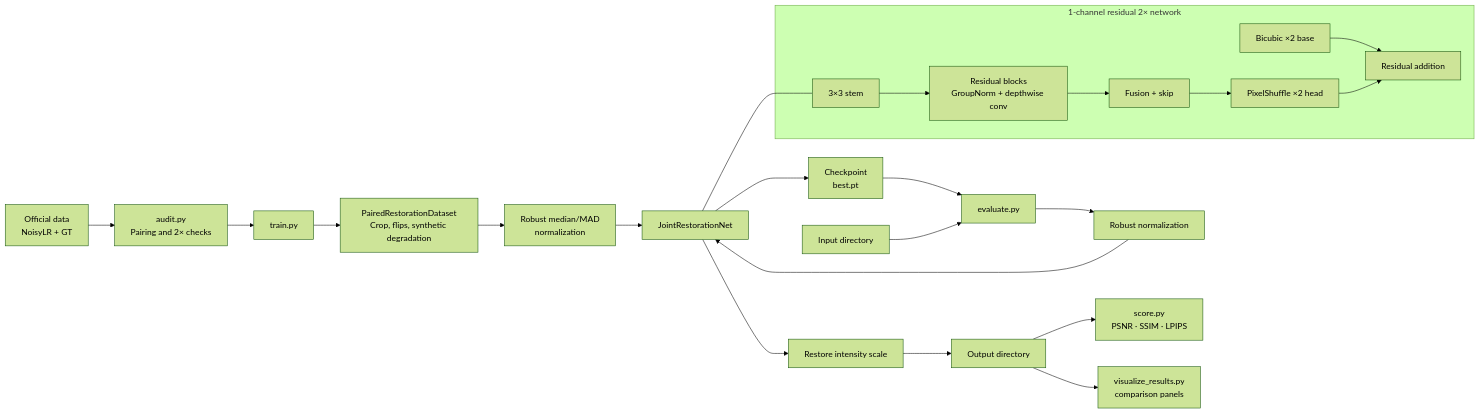
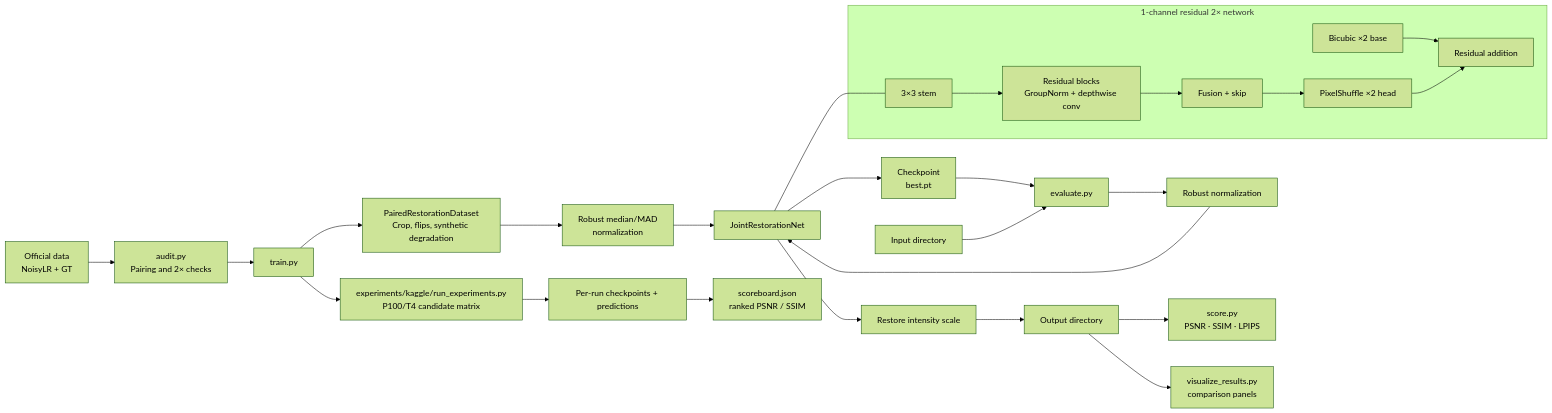
The diagram in docs/architecture.md (vtghub/image-restoration), drawn with Mermaid (forest theme) before and after one commit. The commit also changed other lines of this file and 8 other files, not shown here.

````diff
--- a/docs/architecture.md
+++ b/docs/architecture.md
@@ -5,28 +5,32 @@
 ```mermaid
 flowchart LR
     A[Official data\nNoisyLR + GT] --> B[audit.py\nPairing and 2× checks]
     B --> C[train.py]
     C --> D[PairedRestorationDataset\nCrop, flips, synthetic degradation]
     D --> E[Robust median/MAD\nnormalization]
     E --> F[JointRestorationNet]
     F --> G[Checkpoint\nbest.pt]
 
     G --> H[evaluate.py]
     I[Input directory] --> H
     H --> J[Robust normalization]
     J --> F
     F --> K[Restore intensity scale]
     K --> L[Output directory]
 
     L --> M[score.py\nPSNR · SSIM · LPIPS]
     L --> N[visualize_results.py\ncomparison panels]
 
+    C --> O[experiments/kaggle/run_experiments.py\nP100/T4 candidate matrix]
+    O --> P[Per-run checkpoints + predictions]
+    P --> Q[scoreboard.json\nranked PSNR / SSIM]
+
     subgraph Network[1-channel residual 2× network]
       F1[3×3 stem] --> F2[Residual blocks\nGroupNorm + depthwise conv]
       F2 --> F3[Fusion + skip]
       F3 --> F4[PixelShuffle ×2 head]
       F5[Bicubic ×2 base] --> F6[Residual addition]
       F4 --> F6
     end
     F --- F1
 ```
````
